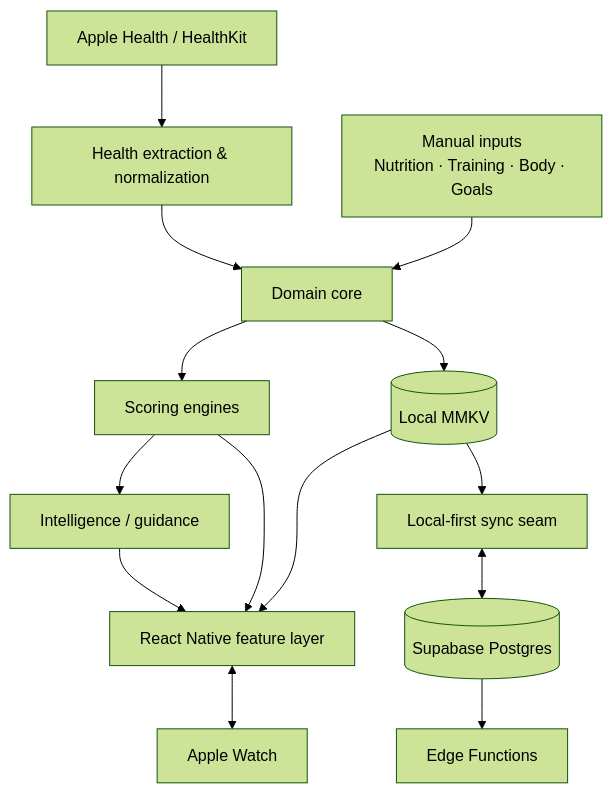
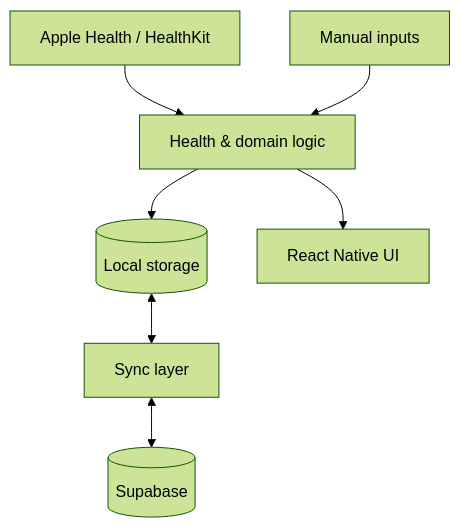
The second of 2 diagrams in README.md (momaoalo/halaty-project-showcase), drawn with Mermaid (forest theme) before and after one commit. The commit also changed other lines of this file, not shown here.

````diff
--- a/README.md
+++ b/README.md
@@ -86,20 +131,9 @@
 ```mermaid
 flowchart TB
-    HK[Apple Health / HealthKit] --> HEALTH[Health extraction & normalization]
-    INPUT[Manual inputs\nNutrition · Training · Body · Goals] --> CORE[Domain core]
-    HEALTH --> CORE
-
-    CORE --> SCORE[Scoring engines]
-    SCORE --> INTEL[Intelligence / guidance]
-
-    CORE --> LOCAL[(Local MMKV)]
-    LOCAL --> UI[React Native feature layer]
-    SCORE --> UI
-    INTEL --> UI
-
-    LOCAL --> SYNC[Local-first sync seam]
-    SYNC <--> SB[(Supabase Postgres)]
-    SB --> EDGE[Edge Functions]
-
-    UI <--> WATCH[Apple Watch]
+    HK[Apple Health / HealthKit] --> CORE[Health & domain logic]
+    INPUT[Manual inputs] --> CORE
+    CORE --> LOCAL[(Local storage)]
+    CORE --> UI[React Native UI]
+    LOCAL <--> SYNC[Sync layer]
+    SYNC <--> SB[(Supabase)]
 ```
````
